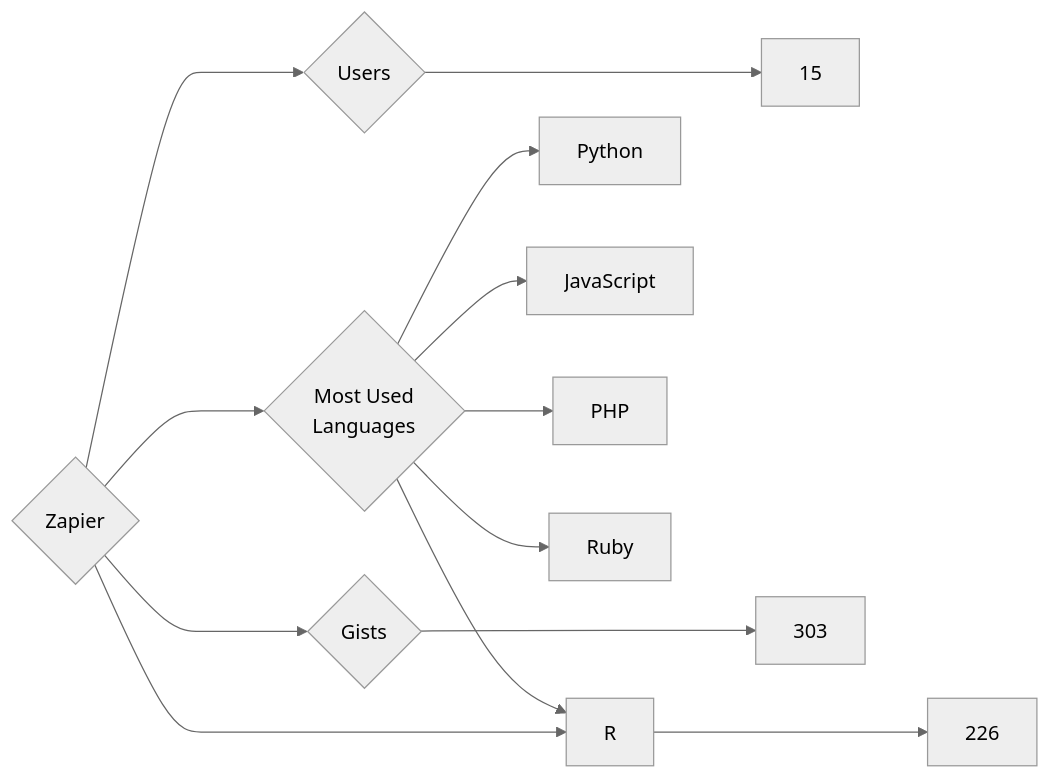
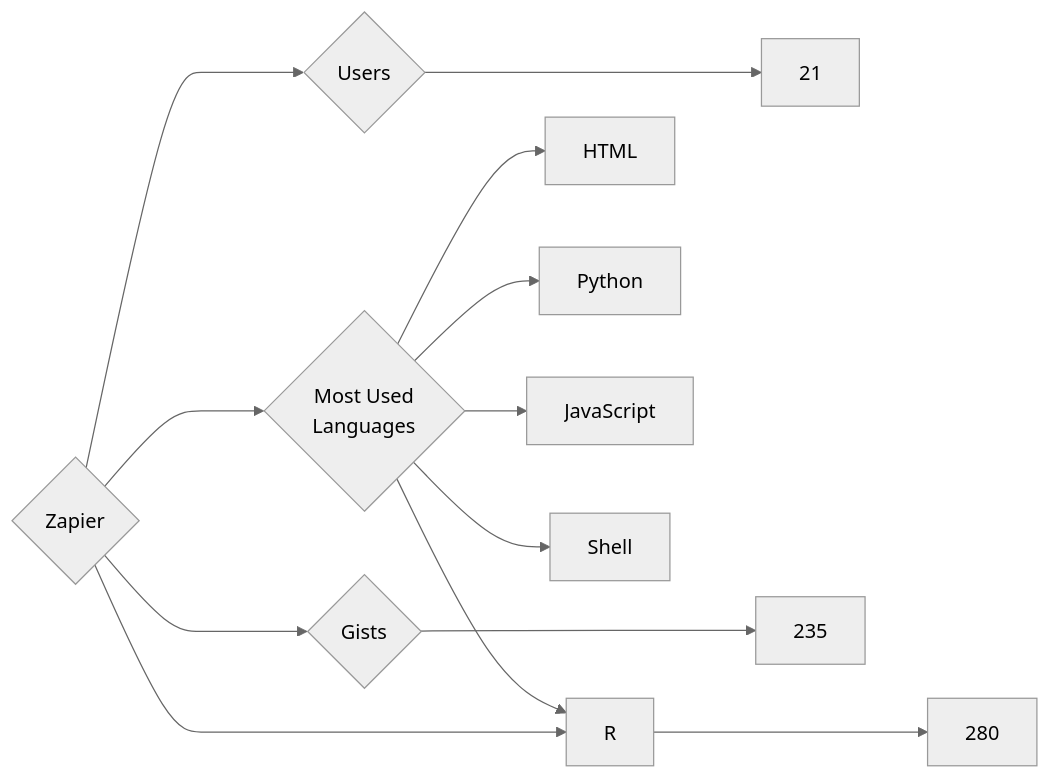
Before and after one commit to trickest/insiders: the diagram in targets/Zapier/README.md, drawn with Mermaid (neutral theme). The commit also changed 976 other files, not shown here.

````diff
--- a/targets/Zapier/README.md
+++ b/targets/Zapier/README.md
@@ -3,13 +3,13 @@
 ```mermaid
 graph LR
 COMPANY_NAME{Zapier}
-COMPANY_NAME ---> U{Users} ---> UN[15]
-COMPANY_NAME ---> R{Repositories} ---> RN[226]
-COMPANY_NAME ---> G{Gists} ---> GN[303]
+COMPANY_NAME ---> U{Users} ---> UN[21]
+COMPANY_NAME ---> R{Repositories} ---> RN[280]
+COMPANY_NAME ---> G{Gists} ---> GN[235]
 COMPANY_NAME ---> ML{Most Used<br>Languages}
+ML --> HTML[HTML]
 ML --> Python[Python]
 ML --> JavaScript[JavaScript]
 ML --> R[R]
-ML --> PHP[PHP]
-ML --> Ruby[Ruby]
+ML --> Shell[Shell]
 ```
````
